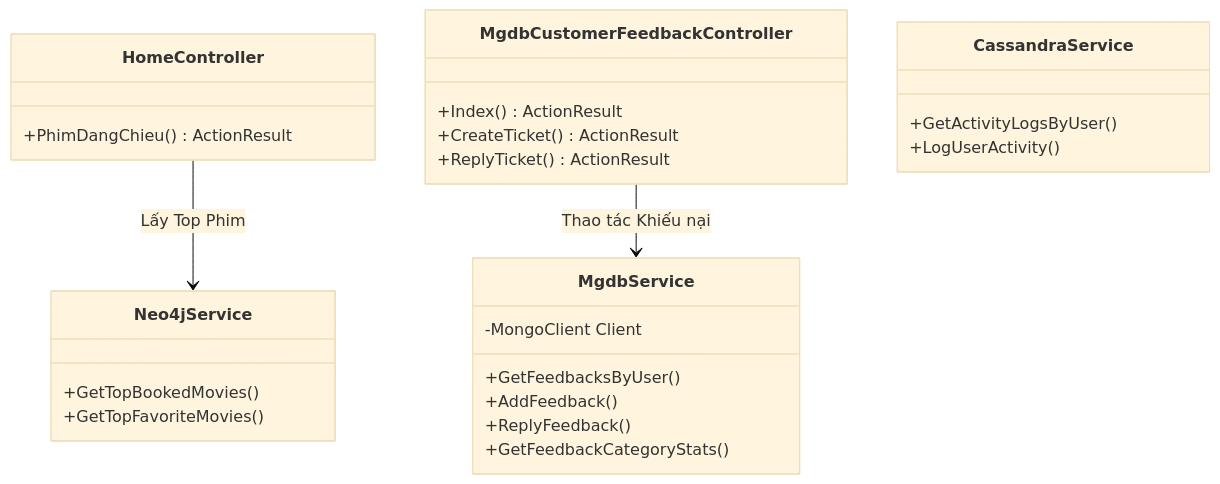
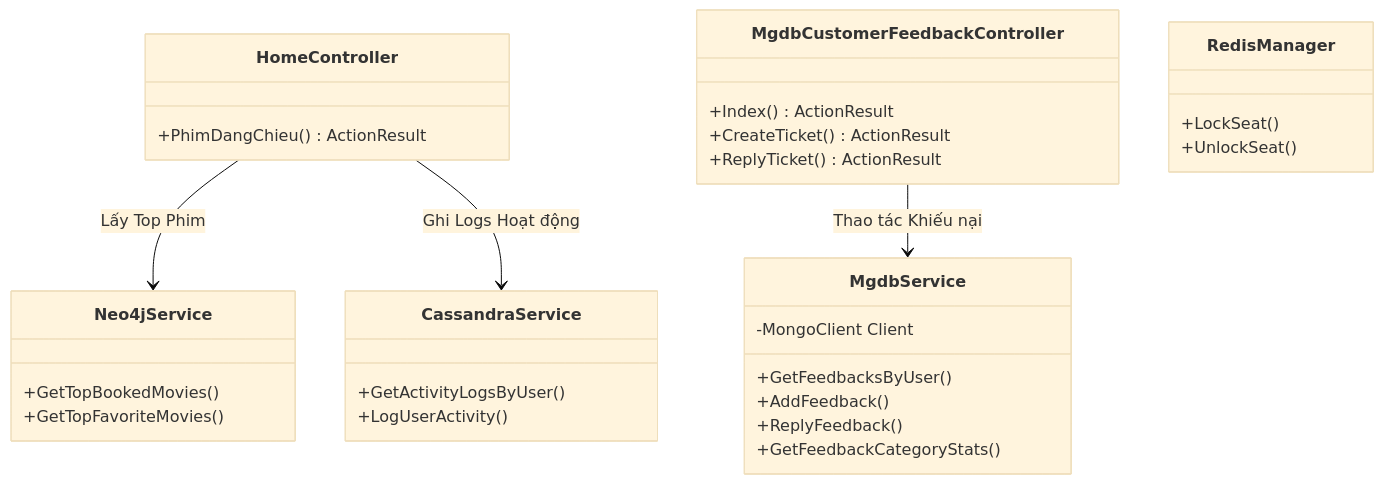
One commit to Anh-BE/WEB_DatVe_XemPhim changed the second of 3 diagrams in TaiLieu_SDS_ToanBo_HeThong_Movana.md. Above: the diagram before and after it, drawn with Mermaid (base theme). The commit also changed other lines of this file, not shown here.

Commit message:
[Doc] Cap nhat Tai lieu SDS Toan Bo He Thong v3.0 chi tiet 100% (SQL Server, MongoDB, Redis, Neo4j, Cassandra)

````diff
--- a/TaiLieu_SDS_ToanBo_HeThong_Movana.md
+++ b/TaiLieu_SDS_ToanBo_HeThong_Movana.md
@@ -153,33 +221,39 @@
 ```mermaid
 classDiagram
     class HomeController {
         +PhimDangChieu() ActionResult
     }
 
     class MgdbCustomerFeedbackController {
         +Index() ActionResult
         +CreateTicket() ActionResult
         +ReplyTicket() ActionResult
     }
 
     class MgdbService {
         -MongoClient Client
         +GetFeedbacksByUser()
         +AddFeedback()
         +ReplyFeedback()
         +GetFeedbackCategoryStats()
     }
 
     class Neo4jService {
         +GetTopBookedMovies()
         +GetTopFavoriteMovies()
     }
 
     class CassandraService {
         +GetActivityLogsByUser()
         +LogUserActivity()
     }
 
+    class RedisManager {
+        +LockSeat()
+        +UnlockSeat()
+    }
+
     HomeController --> Neo4jService : Lấy Top Phim
     MgdbCustomerFeedbackController --> MgdbService : Thao tác Khiếu nại
+    HomeController --> CassandraService : Ghi Logs Hoạt động
 ```
````
